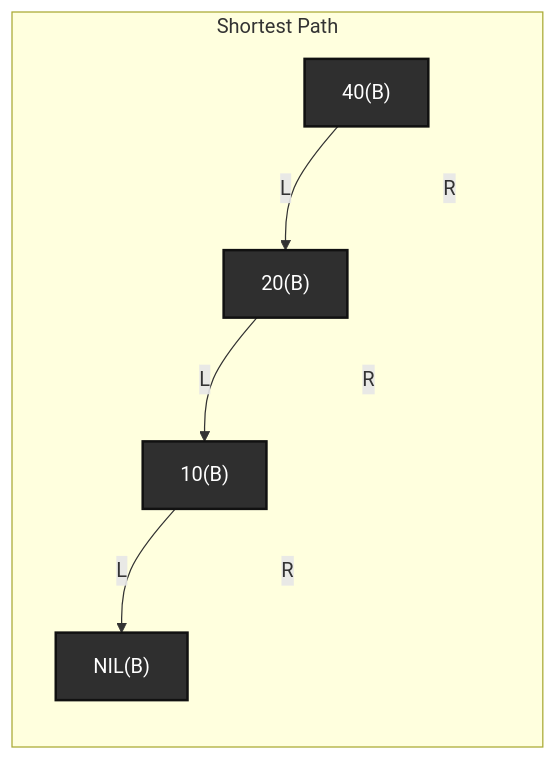
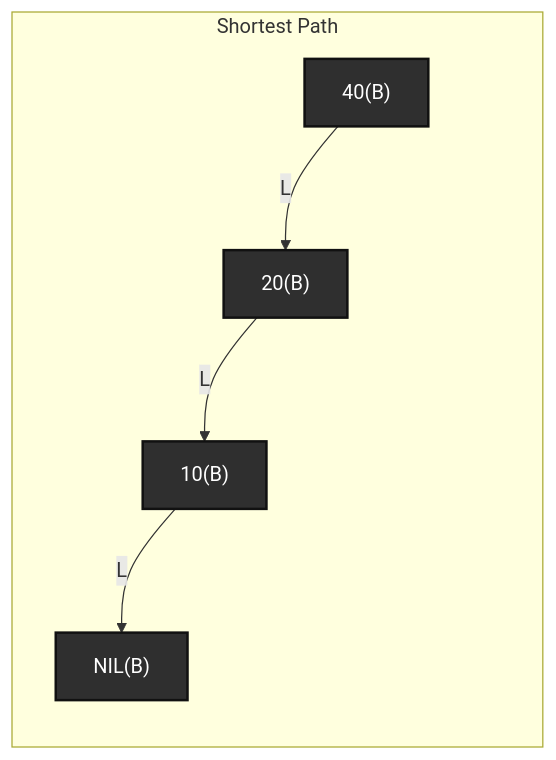
Before and after one commit to FormingSystem/linux_note: diagram 27 of 31 in knowledge/linux/data_structures/红黑树_rb-tree/P07_红黑树_把_2-3-4_树映射成二叉表示.md, drawn with Mermaid. The commit also changed other lines of this file and 3 other files, not shown here.

````diff
--- a/knowledge/linux/data_structures/红黑树_rb-tree/P07_红黑树_把_2-3-4_树映射成二叉表示.md
+++ b/knowledge/linux/data_structures/红黑树_rb-tree/P07_红黑树_把_2-3-4_树映射成二叉表示.md
@@ -2103,33 +2111,33 @@
 ```mermaid
 graph LR
 	subgraph "Shortest Path"
 		rb_root["40(B)"]
 		rb_left_1["20(B)"]
 		rb_right_ghost_1[" "]
 
 		rb_left_2["10(B)"]
 		rb_right_ghost_2[" "]
 
 		rb_nil_left["NIL(B)"]
 		rb_nil_right_ghost[" "]
 	end
 
 	rb_root -->|"L"| rb_left_1
-	rb_root -->|"R"| rb_right_ghost_1
+	rb_root --> rb_right_ghost_1
 
 	rb_left_1 -->|"L"| rb_left_2
-	rb_left_1 -->|"R"| rb_right_ghost_2
+	rb_left_1 --> rb_right_ghost_2
 
 	rb_left_2 -->|"L"| rb_nil_left
-	rb_left_2 -->|"R"| rb_nil_right_ghost
+	rb_left_2 --> rb_nil_right_ghost
 
 	classDef rb_black fill:#2f2f2f,stroke:#111,color:#fff,stroke-width:2px;
 	classDef rb_ghost fill:transparent,stroke:transparent,color:transparent;
 
 	class rb_root,rb_left_1,rb_left_2,rb_nil_left rb_black;
 	class rb_right_ghost_1,rb_right_ghost_2,rb_nil_right_ghost rb_ghost;
 
 	linkStyle 1 stroke:transparent;
 	linkStyle 3 stroke:transparent;
 	linkStyle 5 stroke:transparent;
 ```
````
